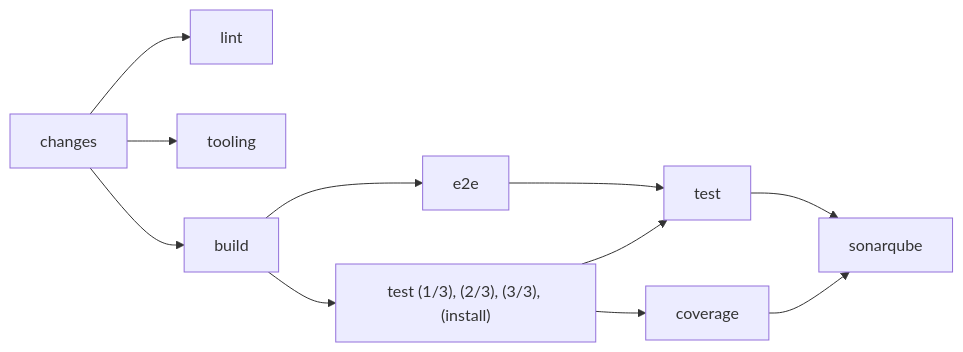
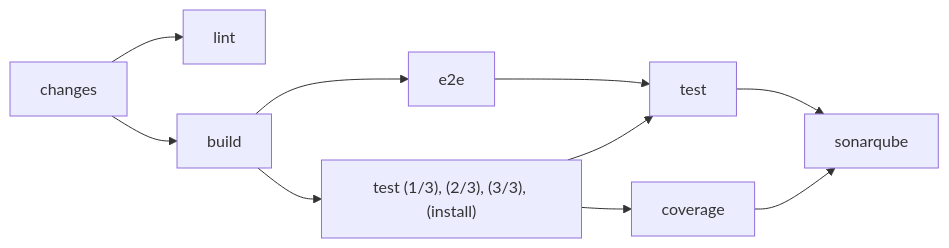
The diagram in docs/infrastructure/pipelines.md (SoltuneMontepre/medilab), drawn with Mermaid before and after one commit. The commit also changed other lines of this file and 5 other files, not shown here.

````diff
--- a/docs/infrastructure/pipelines.md
+++ b/docs/infrastructure/pipelines.md
@@ -20,9 +20,8 @@
 ```mermaid
 flowchart LR
     changes --> lint
-    changes --> tooling
     changes --> build --> runners["test (1/3), (2/3), (3/3), (install)"]
     build --> e2e --> test
     runners --> test --> sonarqube
     runners --> coverage --> sonarqube
 ```
````
